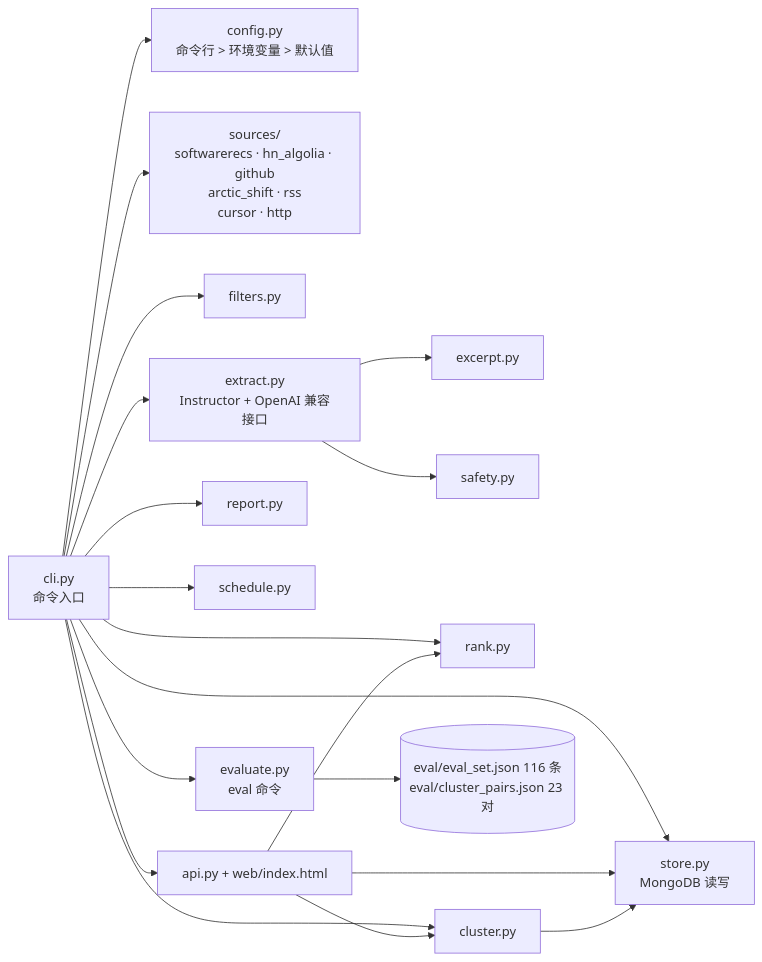
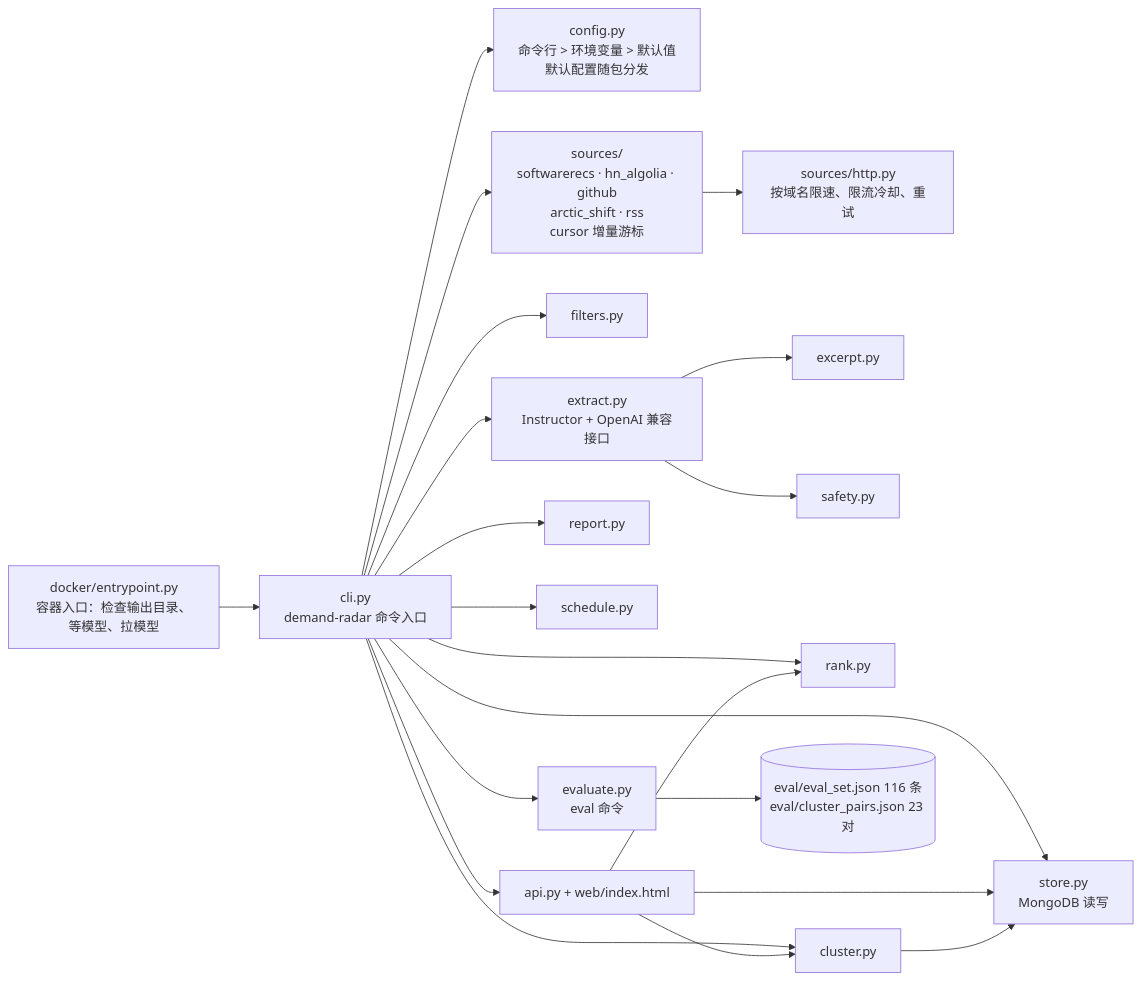
One commit to nanmuyao-tools/see changed the third of 4 diagrams in demand-radar/docs/architecture.md. Above: the diagram before and after it, drawn with Mermaid. The commit also changed other lines of this file and 8 other files, not shown here.

First line of the commit message:
release: demand-radar v1.0.0，架构图按 v1.0.0 重画

````diff
--- a/demand-radar/docs/architecture.md
+++ b/demand-radar/docs/architecture.md
@@ -112,21 +114,23 @@
 ```mermaid
 flowchart LR
-    CLI["cli.py<br/>命令入口"] --> CFG["config.py<br/>命令行 > 环境变量 > 默认值"]
-    CLI --> SRC["sources/<br/>softwarerecs · hn_algolia · github<br/>arctic_shift · rss<br/>cursor · http"]
+    ENT["docker/entrypoint.py<br/>容器入口：检查输出目录、等模型、拉模型"] --> CLI
+    CLI["cli.py<br/>demand-radar 命令入口"] --> CFG["config.py<br/>命令行 > 环境变量 > 默认值<br/>默认配置随包分发"]
+    CLI --> SRC["sources/<br/>softwarerecs · hn_algolia · github<br/>arctic_shift · rss<br/>cursor 增量游标"]
+    SRC --> HTTP["sources/http.py<br/>按域名限速、限流冷却、重试"]
     CLI --> FIL["filters.py"]
     CLI --> EXT["extract.py<br/>Instructor + OpenAI 兼容接口"]
     EXT --> EXC["excerpt.py"]
     EXT --> SAF["safety.py"]
     CLI --> STO["store.py<br/>MongoDB 读写"]
     CLI --> RNK["rank.py"]
     CLI --> CLU["cluster.py"]
     CLI --> REP["report.py"]
     CLI --> SCHD["schedule.py"]
     CLI --> API["api.py + web/index.html"]
     CLI --> EVA["evaluate.py<br/>eval 命令"]
     EVA --> DATA[("eval/eval_set.json 116 条<br/>eval/cluster_pairs.json 23 对")]
     API --> STO
     API --> RNK
     API --> CLU
     CLU --> STO
 ```
````
